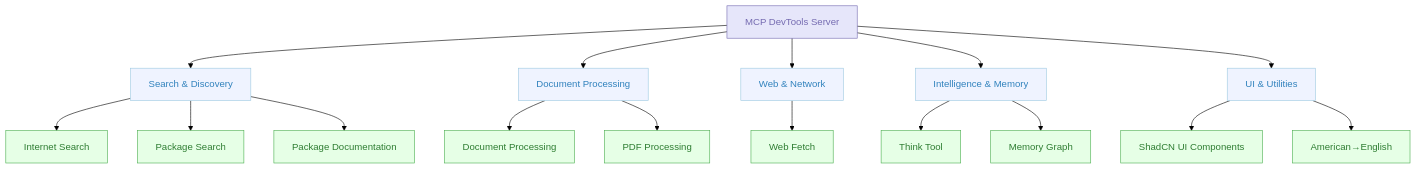
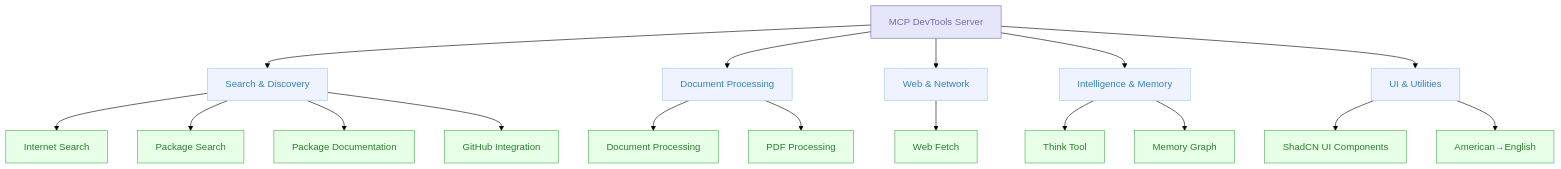
The diagram in README.md (sammcj/mcp-devtools), drawn with Mermaid (forest theme) before and after one commit. The commit also changed other lines of this file and 19 other files, not shown here.

````diff
--- a/README.md
+++ b/README.md
@@ -5,31 +5,32 @@
 ```mermaid
 graph TD
     A[MCP DevTools Server] --> B[Search & Discovery]
     A --> C[Document Processing]
     A --> D[Web & Network]
     A --> E[Intelligence & Memory]
     A --> F[UI & Utilities]
 
     B --> B1[Internet Search]
     B --> B2[Package Search]
     B --> B3[Package Documentation]
+    B --> B4[GitHub Integration]
 
     C --> C1[Document Processing]
     C --> C2[PDF Processing]
 
     D --> D1[Web Fetch]
 
     E --> E1[Think Tool]
     E --> E2[Memory Graph]
 
     F --> F1[ShadCN UI Components]
     F --> F2[American→English]
 
     classDef server fill:#E6E6FA,stroke:#756BB1,color:#756BB1
     classDef category fill:#EFF3FF,stroke:#9ECAE1,color:#3182BD
     classDef tool fill:#E6FFE6,stroke:#4CAF50,color:#2E7D32
 
     class A server
     class B,C,D,E,F category
-    class B1,B2,B3,C1,C2,D1,E1,E2,F1,F2 tool
+    class B1,B2,B3,B4,C1,C2,D1,E1,E2,F1,F2 tool
 ```
````
